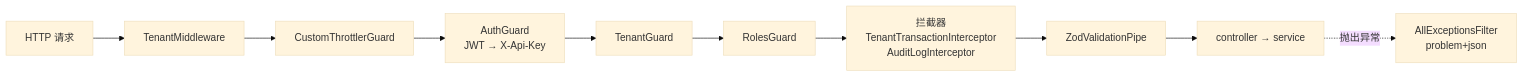
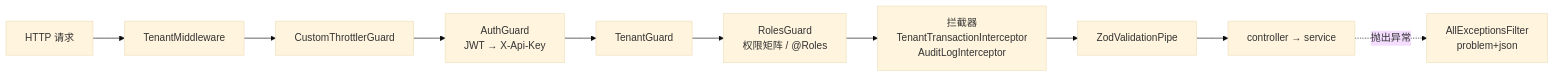
Before and after one commit to Lynricsy/AgentLoom: the second of 3 diagrams in agentloom-docs/dev/architecture.md, drawn with Mermaid (base theme). The commit also changed other lines of this file and 52 other files, not shown here.

````diff
--- a/agentloom-docs/dev/architecture.md
+++ b/agentloom-docs/dev/architecture.md
@@ -74,12 +74,12 @@
 ```mermaid
 flowchart LR
     Req["HTTP 请求"] --> TM["TenantMiddleware"]
     TM --> G1["CustomThrottlerGuard"]
     G1 --> G2["AuthGuard<br/>JWT → X-Api-Key"]
     G2 --> G3["TenantGuard"]
-    G3 --> G4["RolesGuard"]
+    G3 --> G4["RolesGuard<br/>权限矩阵 / @Roles"]
     G4 --> I["拦截器<br/>TenantTransactionInterceptor<br/>AuditLogInterceptor"]
     I --> P["ZodValidationPipe"]
     P --> H["controller → service"]
     H -.->|"抛出异常"| F["AllExceptionsFilter<br/>problem+json"]
 ```
````
